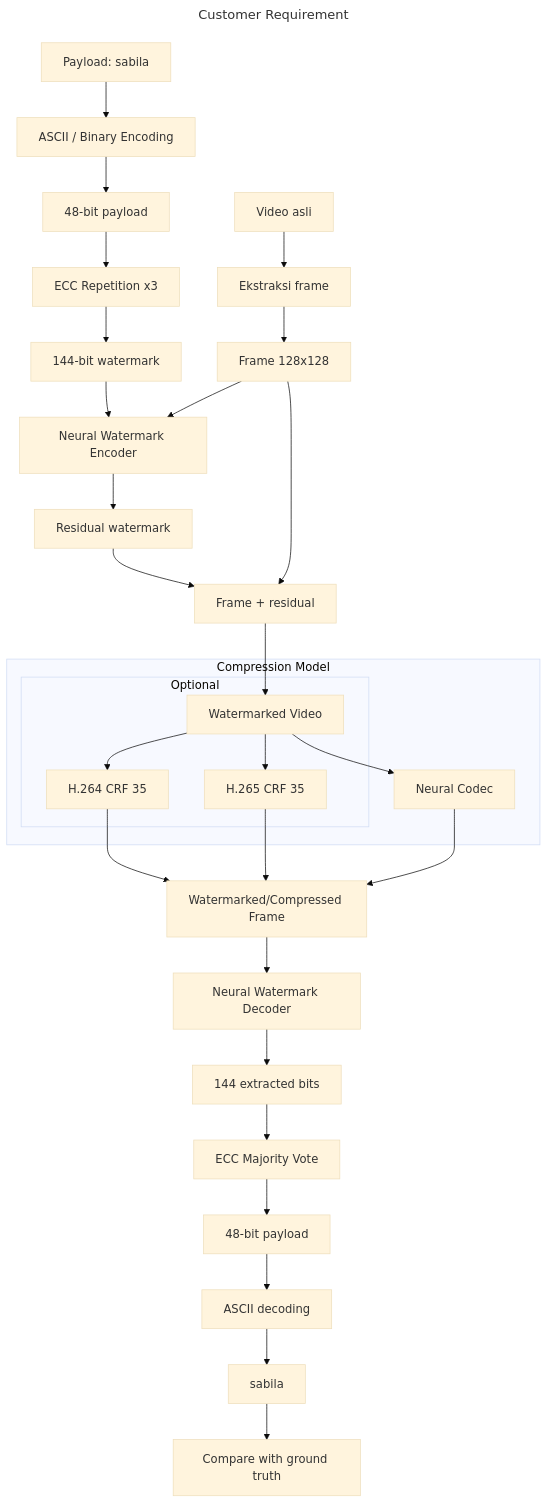
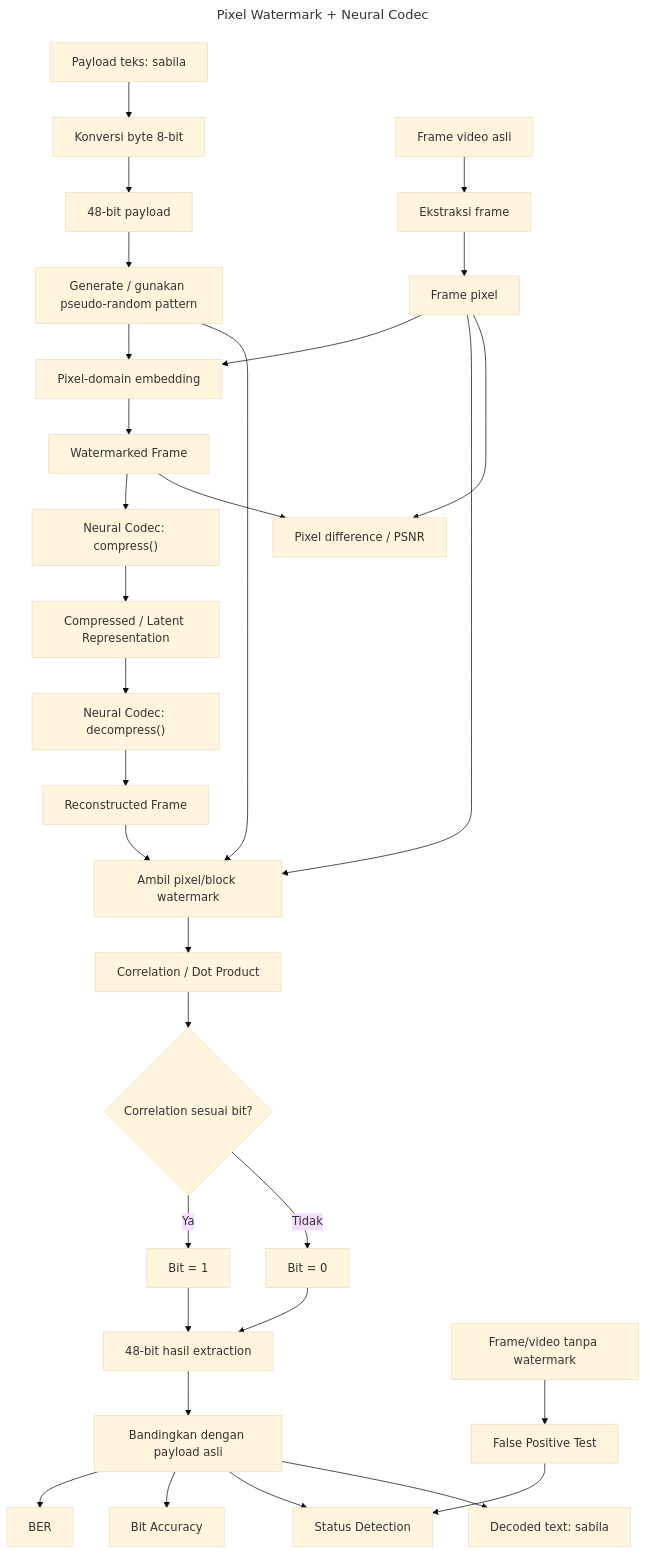
One commit to zuudevs/order_20260827_213103 changed the diagram in mermaids/system-flow.mmd. Above: the diagram before and after it, drawn with Mermaid (base theme).

Commit message:
docs: update system flow for pixel watermark and neural codec

```diff
--- a/mermaids/system-flow.mmd
+++ b/mermaids/system-flow.mmd
@@ -1,40 +1,42 @@
 ---
-title: Customer Requirement
+title: Pixel Watermark + Neural Codec
 ---
 graph TD
-    A["Payload: sabila"] --> B["ASCII / Binary Encoding"]
+    A["Payload teks: sabila"] --> B["Konversi byte 8-bit"]
     B --> C["48-bit payload"]
-    C --> D["ECC Repetition x3"]
-    D --> E["144-bit watermark"]
 
-    F["Video asli"] --> G["Ekstraksi frame"]
-    G --> H["Frame 128x128"]
+    D["Frame video asli"] --> E["Ekstraksi frame"]
+    E --> F["Frame pixel"]
 
-    E --> I["Neural Watermark Encoder"]
-    H --> I
+    C --> G["Generate / gunakan pseudo-random pattern"]
+    F --> H["Pixel-domain embedding"]
+    G --> H
+    H --> I["Watermarked Frame"]
 
-    I --> J["Residual watermark"]
-    H --> K["Frame + residual"]
-    J --> K
+    I --> J["Neural Codec: compress()"]
+    J --> K["Compressed / Latent Representation"]
+    K --> L["Neural Codec: decompress()"]
+    L --> M["Reconstructed Frame"]
 
-    K --> L["Watermarked Video"]
+    M --> N["Ambil pixel/block watermark"]
+    G --> N
+    F --> N
+    N --> O["Correlation / Dot Product"]
+    O --> P{"Correlation sesuai bit?"}
+    P -->|Ya| Q["Bit = 1"]
+    P -->|Tidak| R["Bit = 0"]
 
-	subgraph Compression Model
-	subgraph Optional
-    L --> M["H.264 CRF 35"]
-    L --> N["H.265 CRF 35"]
-	end
-    L --> O["Neural Codec"]
-	end
+    Q --> S["48-bit hasil extraction"]
+    R --> S
+    S --> T["Bandingkan dengan payload asli"]
 
-    M --> P["Watermarked/Compressed Frame"]
-    N --> P
-    O --> P
+    T --> U["BER"]
+    T --> V["Bit Accuracy"]
+    T --> W["Status Detection"]
+    T --> X["Decoded text: sabila"]
 
-    P --> Q["Neural Watermark Decoder"]
-    Q --> R["144 extracted bits"]
-    R --> S["ECC Majority Vote"]
-    S --> T["48-bit payload"]
-    T --> U["ASCII decoding"]
-    U --> V["sabila"]
-    V --> W["Compare with ground truth"]
+    F --> Y["Pixel difference / PSNR"]
+    I --> Y
+
+    Z["Frame/video tanpa watermark"] --> AA["False Positive Test"]
+    AA --> W
```
